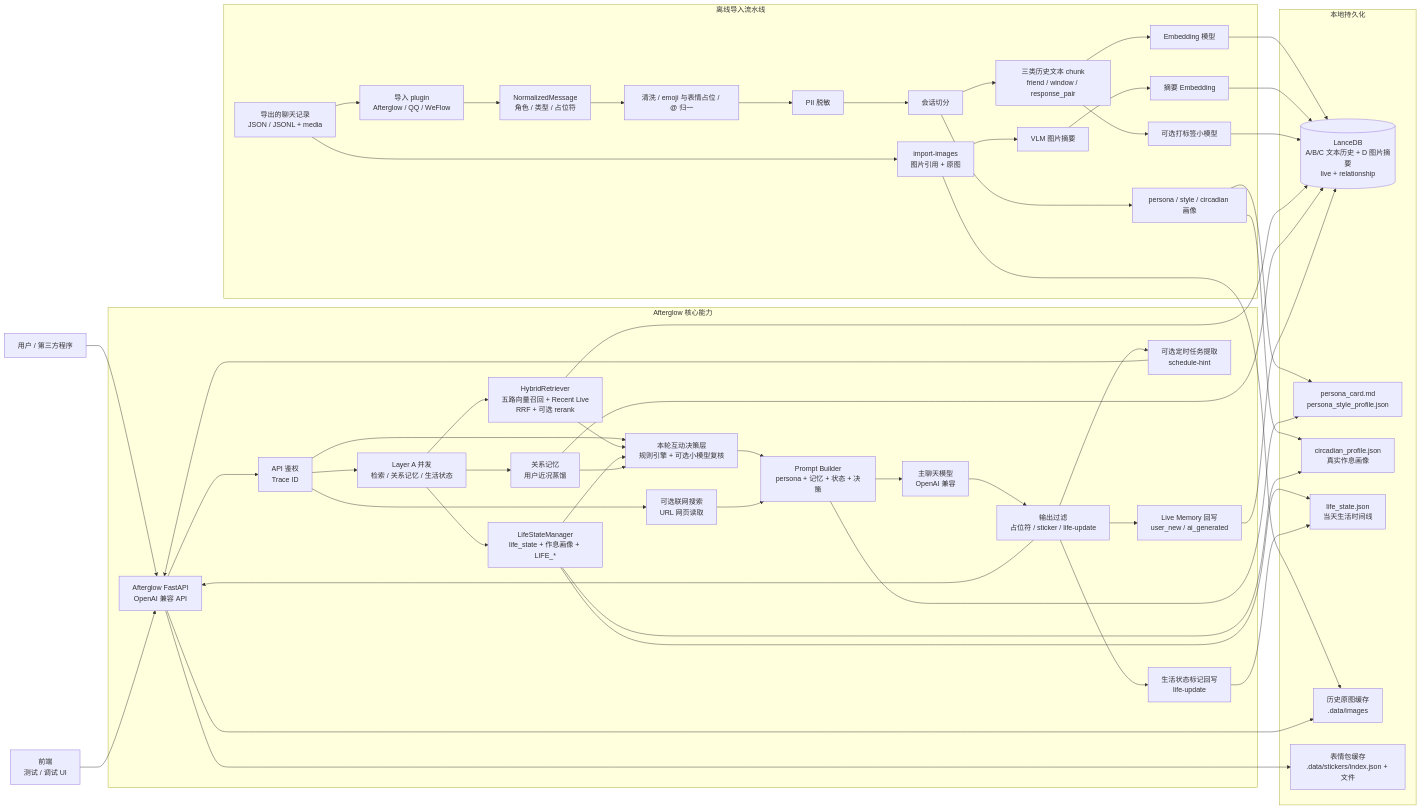
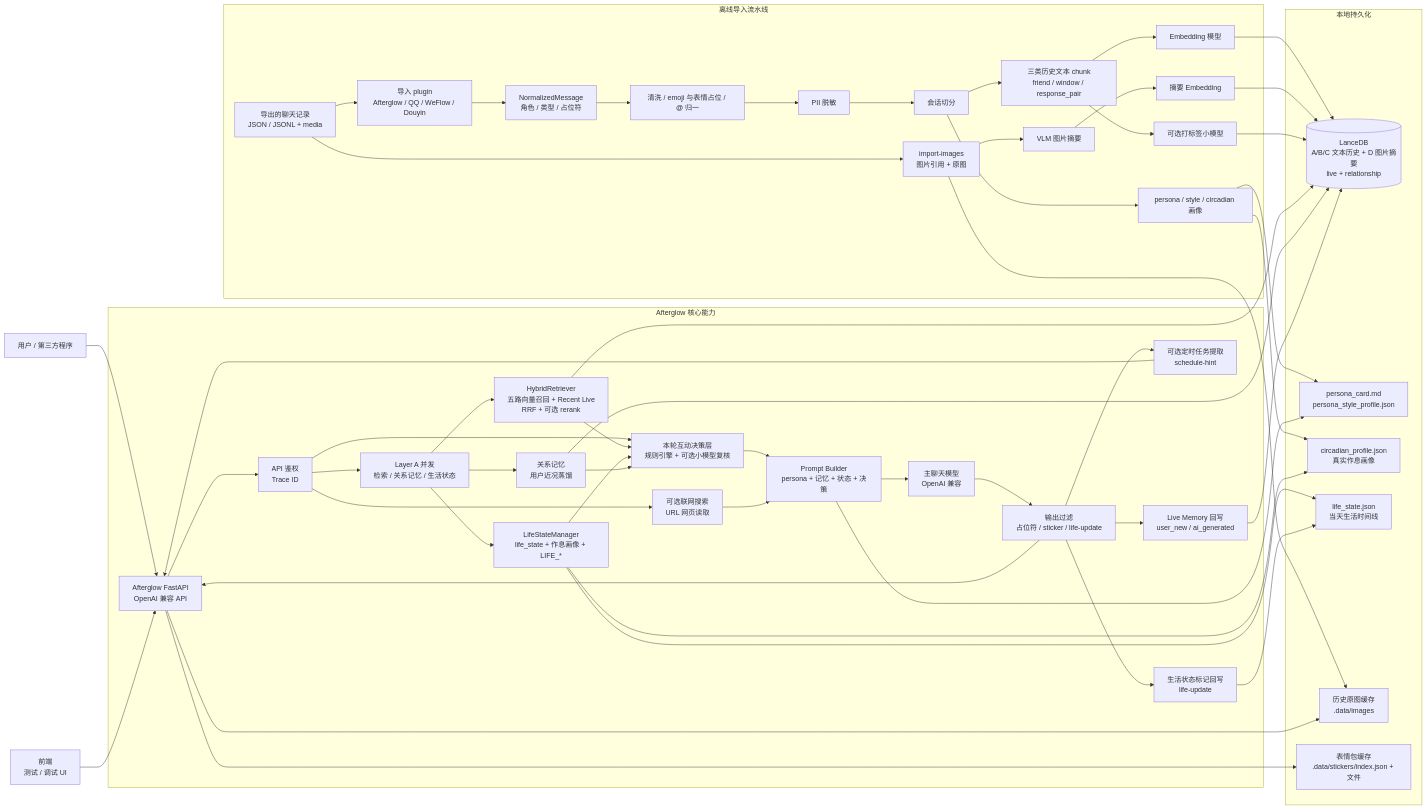
One commit to kldhsh123/Afterglow changed the first of 2 diagrams in docs/wiki/整体架构.md. Above: the diagram before and after it, drawn with Mermaid. The commit also changed 19 other files, not shown here.

````diff
--- a/docs/wiki/整体架构.md
+++ b/docs/wiki/整体架构.md
@@ -3,67 +3,67 @@
 ```mermaid
 flowchart LR
   User["用户 / 第三方程序"] --> API["Afterglow FastAPI<br/>OpenAI 兼容 API"]
   前端["前端<br/>测试 / 调试 UI"] --> API
 
   subgraph Afterglow["Afterglow 核心能力"]
     API --> Auth["API 鉴权<br/>Trace ID"]
     Auth --> LayerA["Layer A 并发<br/>检索 / 关系记忆 / 生活状态"]
     LayerA --> Retrieve["HybridRetriever<br/>五路向量召回 + Recent Live<br/>RRF + 可选 rerank"]
     LayerA --> Life["LifeStateManager<br/>life_state + 作息画像 + LIFE_*"]
     LayerA --> Relationship["关系记忆<br/>用户近况蒸馏"]
     Auth --> Policy["本轮互动决策层<br/>规则引擎 + 可选小模型复核"]
     Auth --> Web["可选联网搜索<br/>URL 网页读取"]
     Retrieve --> Policy
     Life --> Policy
     Relationship --> Policy
     Policy --> Prompt["Prompt Builder<br/>persona + 记忆 + 状态 + 决策"]
     Web --> Prompt
     Prompt --> ChatLLM["主聊天模型<br/>OpenAI 兼容"]
     ChatLLM --> Filter["输出过滤<br/>占位符 / sticker / life-update"]
     Filter --> API
     Filter --> Writeback["Live Memory 回写<br/>user_new / ai_generated"]
     Filter --> Schedule["可选定时任务提取<br/>schedule-hint"]
     Filter --> LifePatch["生活状态标记回写<br/>life-update"]
   end
 
   subgraph Ingestion["离线导入流水线"]
-    message["导出的聊天记录<br/>JSON / JSONL + media"] --> Plugin["导入 plugin<br/>Afterglow / QQ / WeFlow"]
+    message["导出的聊天记录<br/>JSON / JSONL + media"] --> Plugin["导入 plugin<br/>Afterglow / QQ / WeFlow / Douyin"]
     Plugin --> Normalize["NormalizedMessage<br/>角色 / 类型 / 占位符"]
     Normalize --> Clean["清洗 / emoji 与表情占位 / @ 归一"]
     Clean --> Redact["PII 脱敏"]
     Redact --> Split["会话切分"]
     Split --> Chunk["三类历史文本 chunk<br/>friend / window / response_pair"]
     Chunk --> Embed["Embedding 模型"]
     Chunk --> Label["可选打标签小模型"]
     Split --> PersonaBuild["persona / style / circadian 画像"]
     message --> ImageImport["import-images<br/>图片引用 + 原图"]
     ImageImport --> Vision["VLM 图片摘要"]
     Vision --> ImageEmbed["摘要 Embedding"]
   end
 
   subgraph Storage["本地持久化"]
     Lance[(LanceDB<br/>A/B/C 文本历史 + D 图片摘要<br/>live + relationship)]
     Persona["persona_card.md<br/>persona_style_profile.json"]
     Circadian["circadian_profile.json<br/>真实作息画像"]
     LifeFile["life_state.json<br/>当天生活时间线"]
     ImageCache["历史原图缓存<br/>.data/images"]
     Stickers["表情包缓存<br/>.data/stickers/index.json + 文件"]
   end
 
   Embed --> Lance
   ImageEmbed --> Lance
   ImageImport --> ImageCache
   Label --> Lance
   PersonaBuild --> Persona
   PersonaBuild --> Circadian
   Retrieve --> Lance
   Relationship --> Lance
   Prompt --> Persona
   Life --> Circadian
   Life --> LifeFile
   LifePatch --> LifeFile
   Writeback --> Lance
   Schedule --> API
   API --> ImageCache
   API --> Stickers
 ```
````
